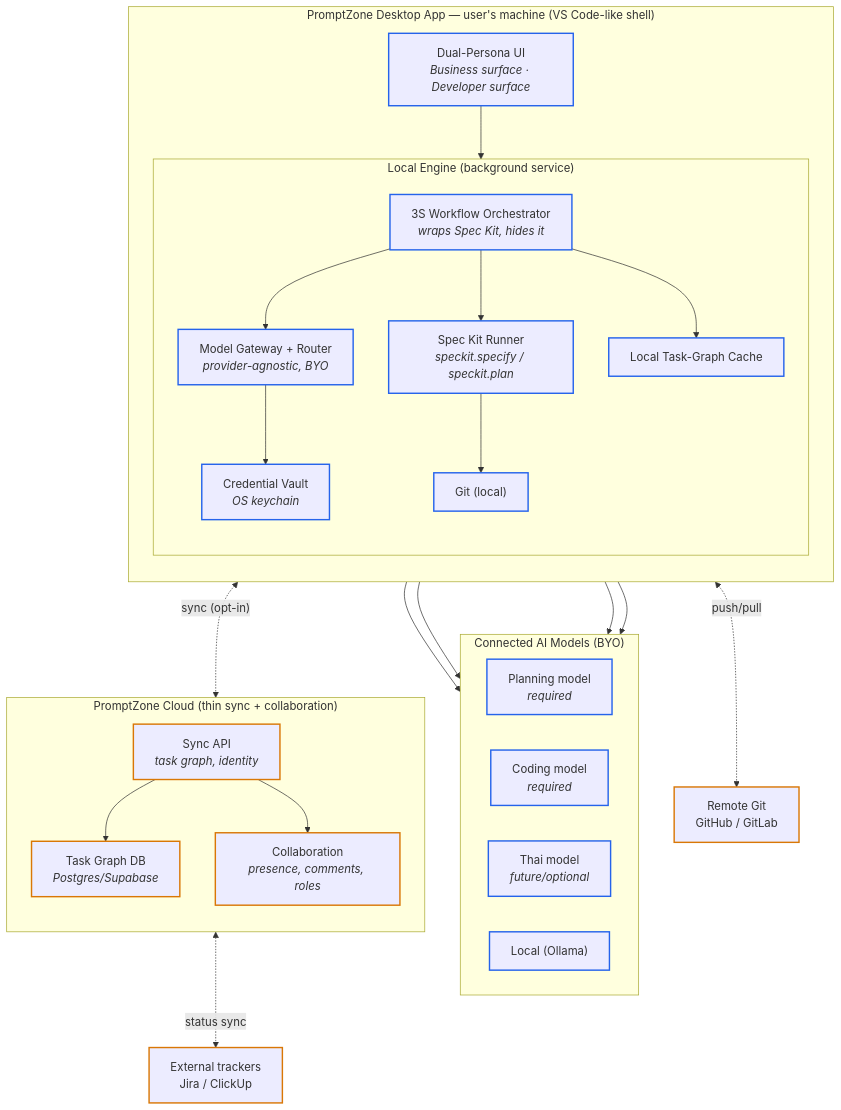
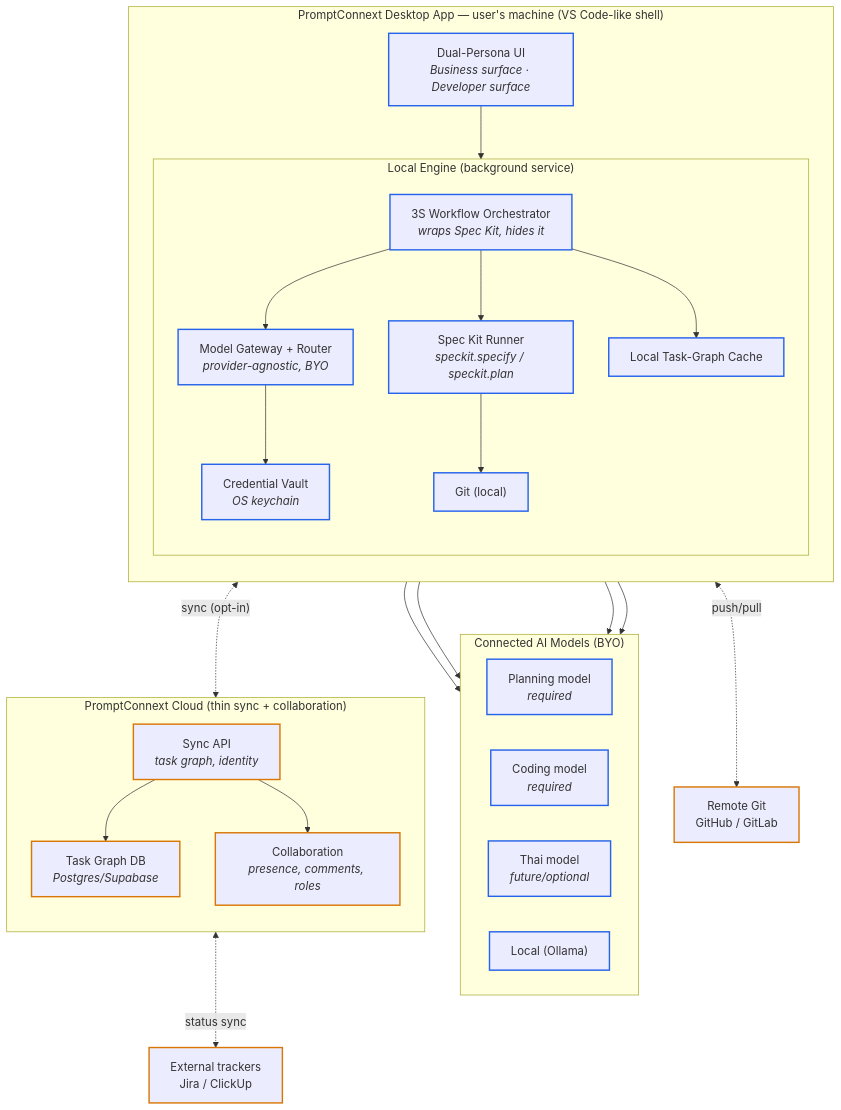
One commit to PromptConnext/PromptWorkspace changed the diagram in docs/promptzone-platform-architecture.md. Above: the diagram before and after it, drawn with Mermaid. The commit also changed other lines of this file and 93 other files, not shown here.

First line of the commit message:
refactor: rebrand PromptZone -> PromptConnext across code and docs

````diff
--- a/docs/promptzone-platform-architecture.md
+++ b/docs/promptzone-platform-architecture.md
@@ -60,52 +60,52 @@
 ```mermaid
 flowchart TB
-    subgraph CLIENT["PromptZone Desktop App — user's machine (VS Code-like shell)"]
+    subgraph CLIENT["PromptConnext Desktop App — user's machine (VS Code-like shell)"]
         direction TB
         UI["Dual-Persona UI<br/><i>Business surface · Developer surface</i>"]
         subgraph ENGINE["Local Engine (background service)"]
             direction TB
             THREES["3S Workflow Orchestrator<br/><i>wraps Spec Kit, hides it</i>"]
             SPECKIT["Spec Kit Runner<br/><i>speckit.specify / speckit.plan</i>"]
             GATEWAY["Model Gateway + Router<br/><i>provider-agnostic, BYO</i>"]
             GITL["Git (local)"]
             KEYS["Credential Vault<br/><i>OS keychain</i>"]
             CACHE["Local Task-Graph Cache"]
         end
     end
 
     subgraph MODELS["Connected AI Models (BYO)"]
         direction LR
         PLAN["Planning model<br/><i>required</i>"]
         CODE["Coding model<br/><i>required</i>"]
         THAI["Thai model<br/><i>future/optional</i>"]
         LOCAL["Local (Ollama)"]
     end
 
-    subgraph CLOUD["PromptZone Cloud (thin sync + collaboration)"]
+    subgraph CLOUD["PromptConnext Cloud (thin sync + collaboration)"]
         direction TB
         API["Sync API<br/><i>task graph, identity</i>"]
         GRAPHDB["Task Graph DB<br/><i>Postgres/Supabase</i>"]
         COLLAB["Collaboration<br/><i>presence, comments, roles</i>"]
     end
 
     EXT["External trackers<br/>Jira / ClickUp"]
     REMOTEGIT["Remote Git<br/>GitHub / GitLab"]
 
     UI --> THREES
     THREES --> SPECKIT
     THREES --> GATEWAY
     GATEWAY --> PLAN & CODE & THAI & LOCAL
     GATEWAY --> KEYS
     SPECKIT --> GITL
     THREES --> CACHE
     CACHE <-. "sync (opt-in)" .-> API
     API --> GRAPHDB
     API --> COLLAB
     GITL <-. push/pull .-> REMOTEGIT
     API <-. status sync .-> EXT
 
     classDef local stroke:#2563eb,stroke-width:2px;
     classDef remote stroke:#d97706,stroke-width:2px;
     class UI,THREES,SPECKIT,GATEWAY,GITL,KEYS,CACHE,PLAN,CODE,THAI,LOCAL local;
     class API,GRAPHDB,COLLAB,EXT,REMOTEGIT remote;
 ```
````
